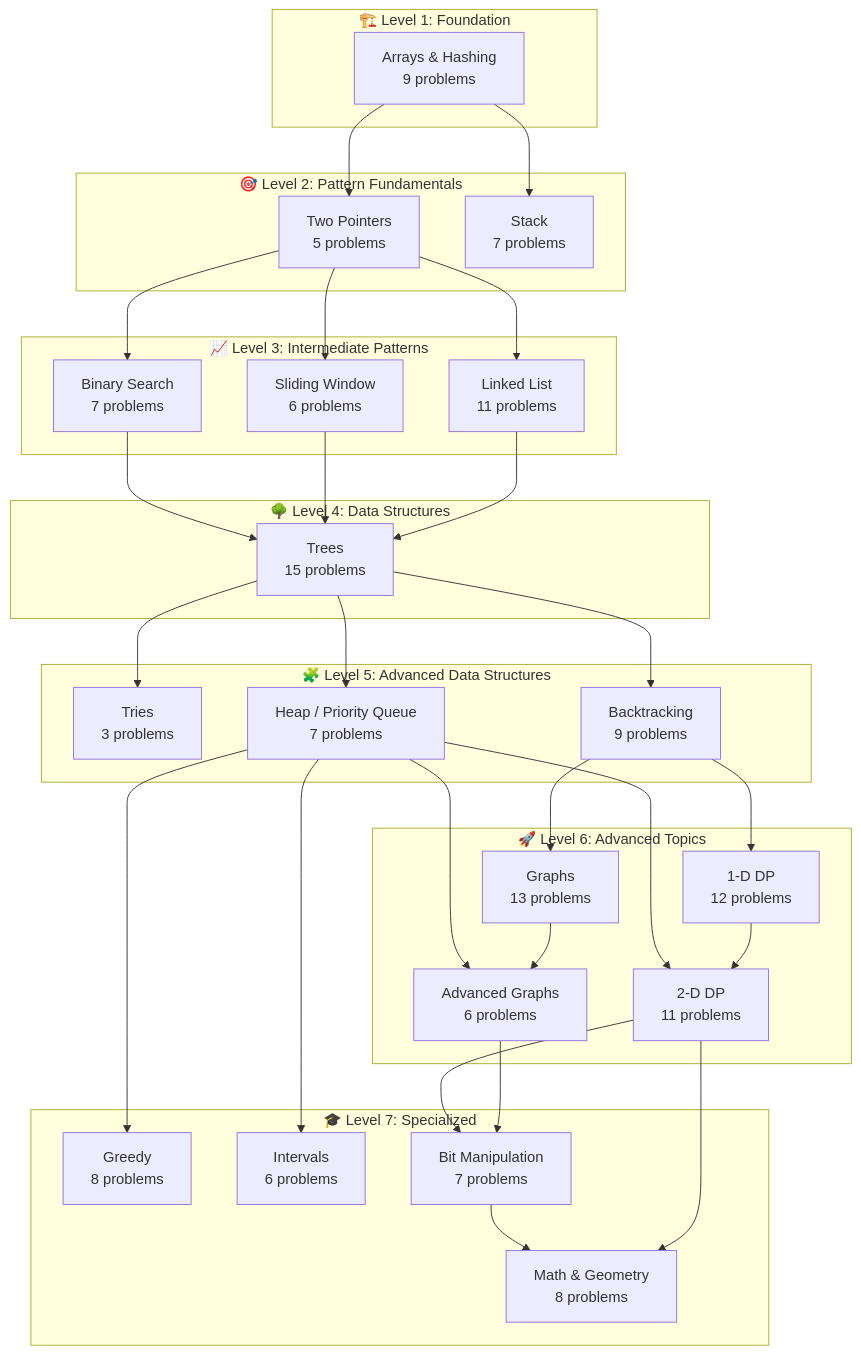
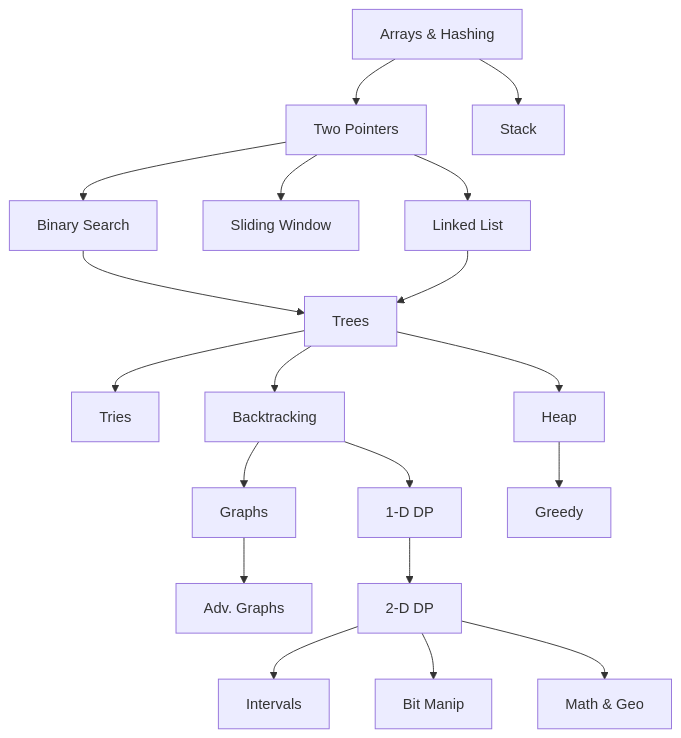
The diagram in LeetCode-250/Problems.md (BlackPool25/LeetCode), drawn with Mermaid before and after one commit. The commit also changed other lines of this file and 5 other files, not shown here.

````diff
--- a/LeetCode-250/Problems.md
+++ b/LeetCode-250/Problems.md
@@ -37,73 +59,28 @@
 ```mermaid
 flowchart TB
-    subgraph L1["🏗️ Level 1: Foundation"]
-        AH["Arrays & Hashing<br/>9 problems"]
-    end
+    AH[Arrays & Hashing] --> TP[Two Pointers]
+    AH --> ST[Stack]
     
-    subgraph L2["🎯 Level 2: Pattern Fundamentals"]
-        TP["Two Pointers<br/>5 problems"]
-        ST["Stack<br/>7 problems"]
-    end
+    TP --> BS[Binary Search]
+    TP --> SW[Sliding Window]
+    TP --> LL[Linked List]
     
-    subgraph L3["📈 Level 3: Intermediate Patterns"]
-        BS["Binary Search<br/>7 problems"]
-        SW["Sliding Window<br/>6 problems"]
-        LL["Linked List<br/>11 problems"]
-    end
-    
-    subgraph L4["🌳 Level 4: Data Structures"]
-        TR["Trees<br/>15 problems"]
-    end
-    
-    subgraph L5["🧩 Level 5: Advanced Data Structures"]
-        TRI["Tries<br/>3 problems"]
-        BT["Backtracking<br/>9 problems"]
-        HP["Heap / Priority Queue<br/>7 problems"]
-    end
-    
-    subgraph L6["🚀 Level 6: Advanced Topics"]
-        GR["Graphs<br/>13 problems"]
-        DP1["1-D DP<br/>12 problems"]
-        AG["Advanced Graphs<br/>6 problems"]
-        DP2["2-D DP<br/>11 problems"]
-    end
-    
-    subgraph L7["🎓 Level 7: Specialized"]
-        GRD["Greedy<br/>8 problems"]
-        INT["Intervals<br/>6 problems"]
-        BIT["Bit Manipulation<br/>7 problems"]
-        MTH["Math & Geometry<br/>8 problems"]
-    end
-    
-    AH --> TP
-    AH --> ST
-    
-    TP --> BS
-    TP --> SW
-    TP --> LL
-    
-    BS --> TR
-    SW --> TR
+    BS --> TR[Trees]
     LL --> TR
     
-    TR --> TRI
-    TR --> BT
-    TR --> HP
+    TR --> TRI[Tries]
+    TR --> HP[Heap]
+    TR --> BT[Backtracking]
     
-    BT --> GR
-    BT --> DP1
+    BT --> GR[Graphs]
+    BT --> DP1[1-D DP]
     
-    HP --> GRD
-    HP --> INT
-    HP --> AG
-    HP --> DP2
+    GR --> AG[Adv. Graphs]
+    HP --> GRD[Greedy]
     
-    GR --> AG
-    DP1 --> DP2
+    DP1 --> DP2[2-D DP]
     
-    DP2 --> BIT
-    AG --> BIT
-    
-    BIT --> MTH
-    DP2 --> MTH
+    DP2 --> INT[Intervals]
+    DP2 --> BIT[Bit Manip]
+    DP2 --> MTH[Math & Geo]
 ```
````
